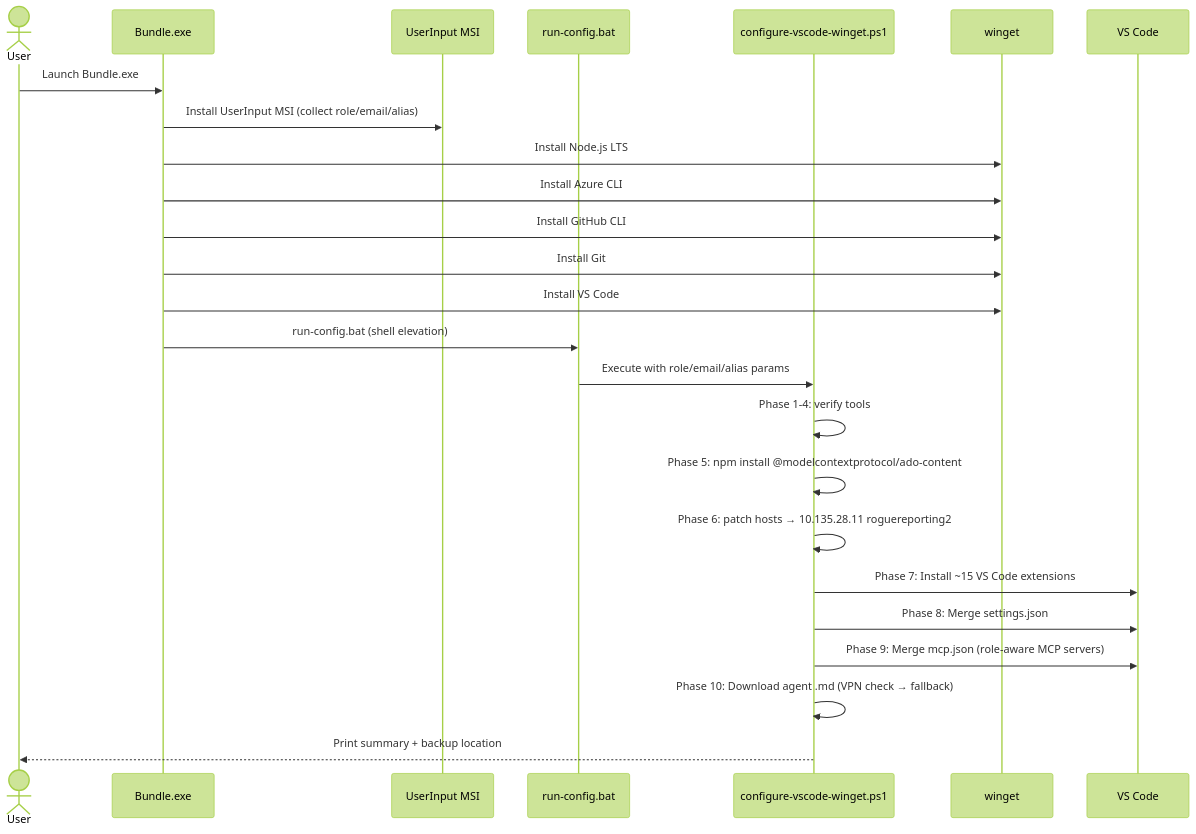
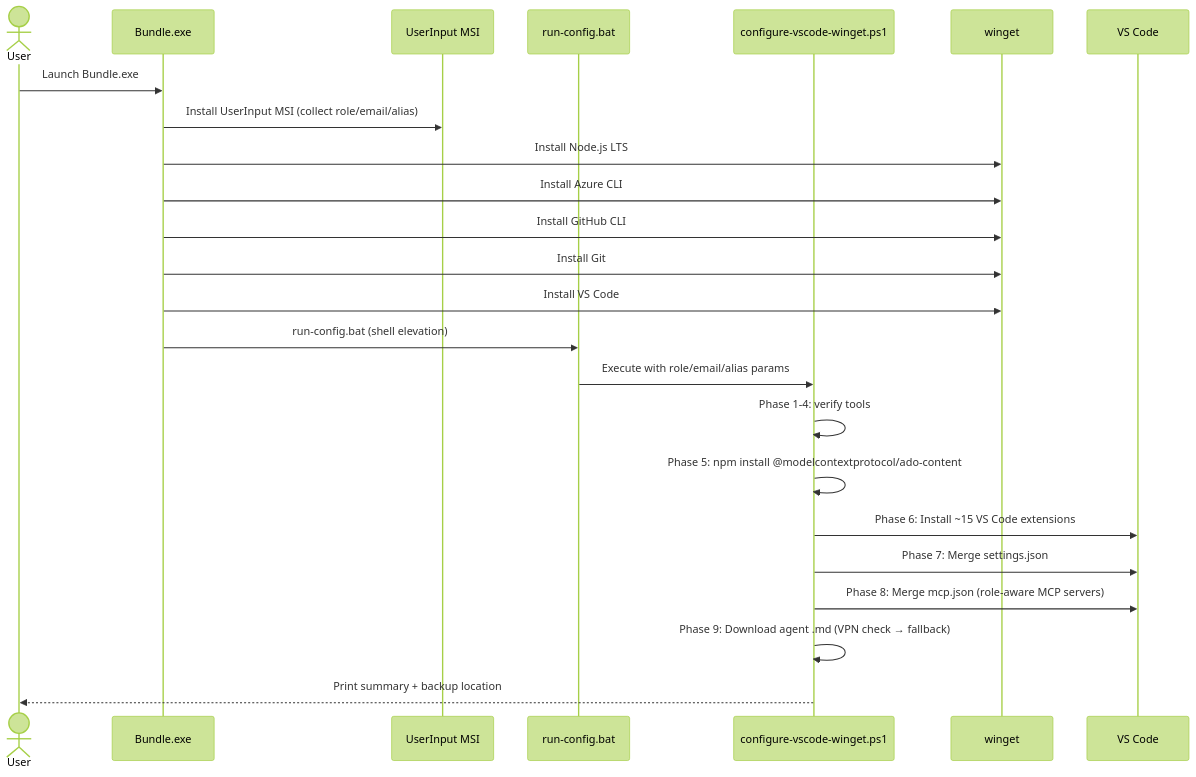
Before and after one commit to mbender-ms/.github: the second of 3 diagrams in copilot/skills/repo-recon/repo-recon-content-developer-installer.md, drawn with Mermaid (forest theme). The commit also changed other lines of this file and 23 other files, not shown here.

````diff
--- a/copilot/skills/repo-recon/repo-recon-content-developer-installer.md
+++ b/copilot/skills/repo-recon/repo-recon-content-developer-installer.md
@@ -173,28 +171,27 @@
 ```mermaid
 sequenceDiagram
     actor User
     participant Bundle as Bundle.exe
     participant WiX as UserInput MSI
     participant BAT as run-config.bat
     participant PS1 as configure-vscode-winget.ps1
     participant WG as winget
     participant VSC as VS Code
 
     User->>Bundle: Launch Bundle.exe
     Bundle->>WiX: Install UserInput MSI (collect role/email/alias)
     Bundle->>WG: Install Node.js LTS
     Bundle->>WG: Install Azure CLI
     Bundle->>WG: Install GitHub CLI
     Bundle->>WG: Install Git
     Bundle->>WG: Install VS Code
     Bundle->>BAT: run-config.bat (shell elevation)
     BAT->>PS1: Execute with role/email/alias params
     PS1->>PS1: Phase 1-4: verify tools
     PS1->>PS1: Phase 5: npm install @modelcontextprotocol/ado-content
-    PS1->>PS1: Phase 6: patch hosts → 10.135.28.11 roguereporting2
-    PS1->>VSC: Phase 7: Install ~15 VS Code extensions
-    PS1->>VSC: Phase 8: Merge settings.json
-    PS1->>VSC: Phase 9: Merge mcp.json (role-aware MCP servers)
-    PS1->>PS1: Phase 10: Download agent .md (VPN check → fallback)
+    PS1->>VSC: Phase 6: Install ~15 VS Code extensions
+    PS1->>VSC: Phase 7: Merge settings.json
+    PS1->>VSC: Phase 8: Merge mcp.json (role-aware MCP servers)
+    PS1->>PS1: Phase 9: Download agent .md (VPN check → fallback)
     PS1-->>User: Print summary + backup location
 ```
````
